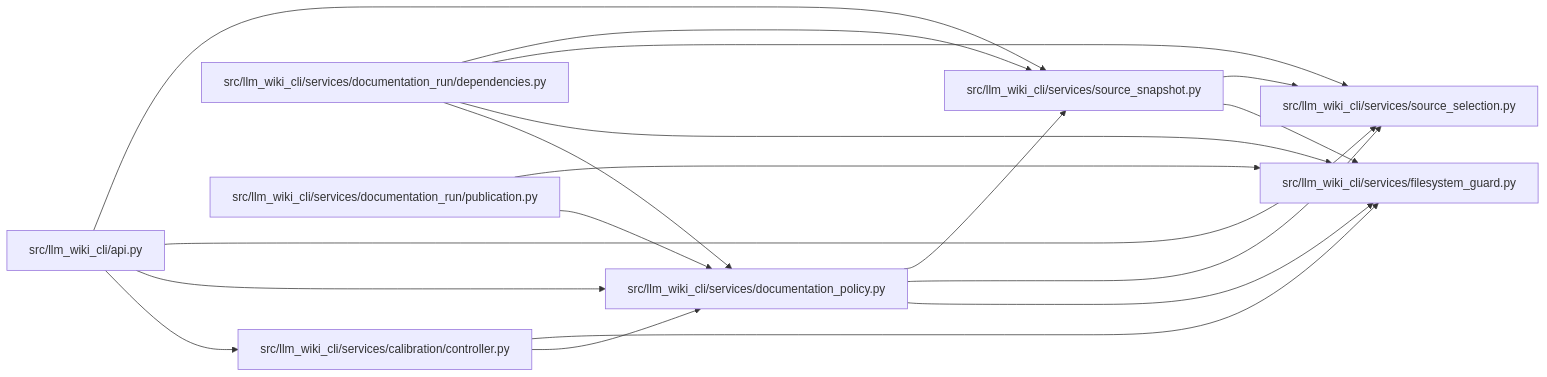
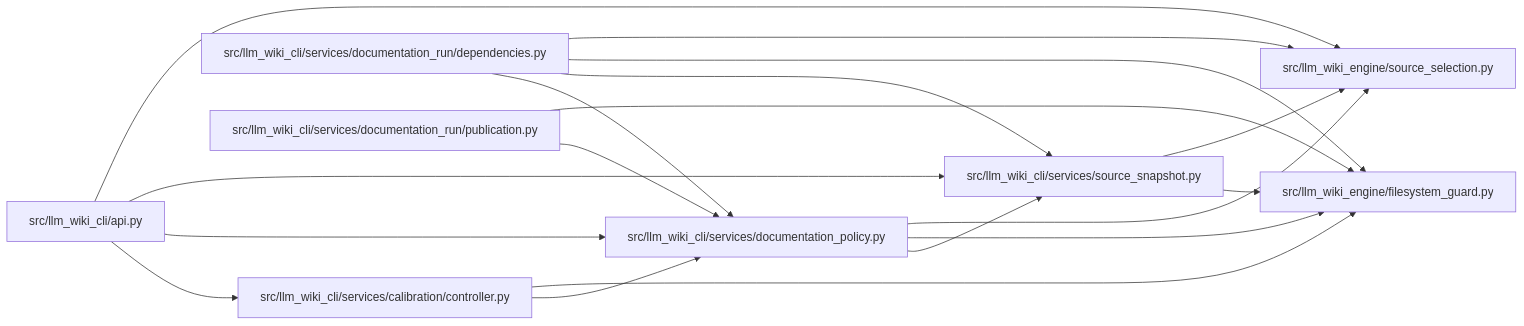
The diagram in docs/llm_wiki/modules/documentation_policy.md (Denissvgn/python-wiki-llm), drawn with Mermaid before and after one commit. The commit also changed other lines of this file and 739 other files, not shown here.

First line of the commit message:
docs: refresh the wiki for the second engine batch

````diff
--- a/docs/llm_wiki/modules/documentation_policy.md
+++ b/docs/llm_wiki/modules/documentation_policy.md
@@ -34,36 +34,36 @@
 ```mermaid
 flowchart LR
     n0["src/llm_wiki_cli/api.py"]
     n1["src/llm_wiki_cli/services/calibration/controller.py"]
     n2["src/llm_wiki_cli/services/documentation_policy.py"]
     n3["src/llm_wiki_cli/services/documentation_run/dependencies.py"]
     n4["src/llm_wiki_cli/services/documentation_run/publication.py"]
-    n5["src/llm_wiki_cli/services/filesystem_guard.py"]
-    n6["src/llm_wiki_cli/services/source_selection.py"]
-    n7["src/llm_wiki_cli/services/source_snapshot.py"]
+    n5["src/llm_wiki_cli/services/source_snapshot.py"]
+    n6["src/llm_wiki_engine/filesystem_guard.py"]
+    n7["src/llm_wiki_engine/source_selection.py"]
     n0 --> n1
     n0 --> n2
-    n0 --> n6
+    n0 --> n5
     n0 --> n7
     n1 --> n2
-    n1 --> n5
+    n1 --> n6
     n2 --> n5
     n2 --> n6
     n2 --> n7
     n3 --> n2
     n3 --> n5
     n3 --> n6
     n3 --> n7
     n4 --> n2
-    n4 --> n5
-    n7 --> n5
-    n7 --> n6
+    n4 --> n6
+    n5 --> n6
+    n5 --> n7
     click n0 "../modules/api.md"
     click n1 "../modules/controller.md"
     click n2 "../modules/documentation_policy.md"
     click n3 "../modules/documentation_run_dependencies.md"
     click n4 "../modules/publication.md"
-    click n5 "../modules/filesystem_guard.md"
-    click n6 "../modules/source_selection.md"
-    click n7 "../modules/source_snapshot.md"
+    click n5 "../modules/source_snapshot.md"
+    click n6 "../modules/filesystem_guard.md"
+    click n7 "../modules/source_selection.md"
 ```
````
